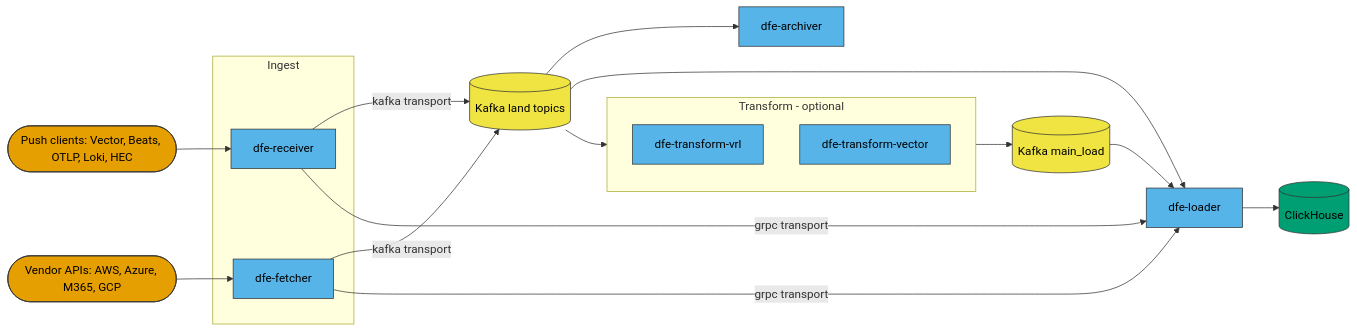
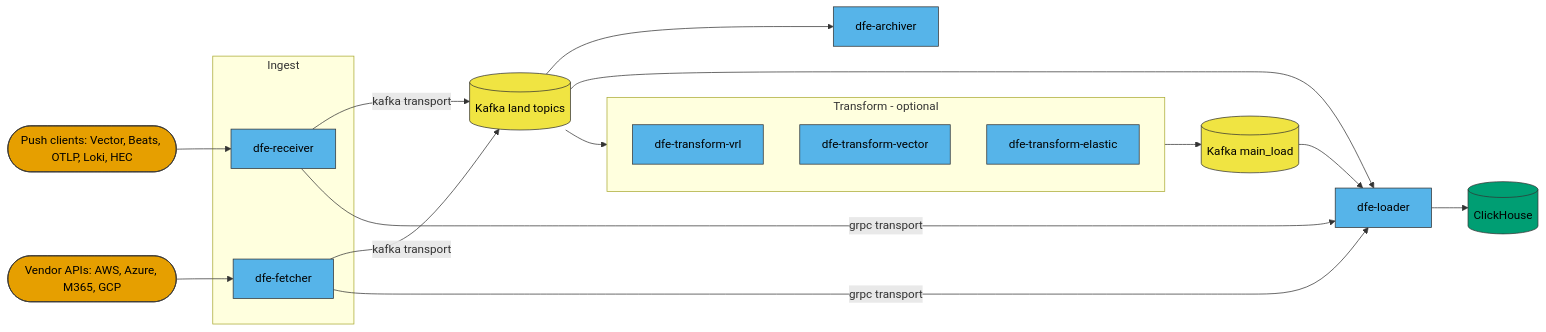
Before and after one commit to hyperi-io/dfe-docker: the first of 4 diagrams in docs/architecture.md, drawn with Mermaid. The commit also changed other lines of this file and 21 other files, not shown here.

First line of the commit message:
fix(compose): start dfe-transform-elastic idle on the single tier (#114)

````diff
--- a/docs/architecture.md
+++ b/docs/architecture.md
@@ -25,40 +25,41 @@
 ```mermaid
 flowchart LR
     classDef ext fill:#E69F00,stroke:#333333,color:#000000
     classDef dfe fill:#56B4E9,stroke:#333333,color:#000000
     classDef store fill:#009E73,stroke:#333333,color:#000000
     classDef broker fill:#F0E442,stroke:#333333,color:#000000
 
     push(["Push clients: Vector, Beats, OTLP, Loki, HEC"]):::ext
     api(["Vendor APIs: AWS, Azure, M365, GCP"]):::ext
 
     subgraph ingest [Ingest]
         receiver["dfe-receiver"]:::dfe
         fetcher["dfe-fetcher"]:::dfe
     end
 
     land[(Kafka land topics)]:::broker
 
     subgraph xform [Transform - optional]
         vrl["dfe-transform-vrl"]:::dfe
         vector["dfe-transform-vector"]:::dfe
+        elastic["dfe-transform-elastic"]:::dfe
     end
 
     load[(Kafka main_load)]:::broker
     archiver["dfe-archiver"]:::dfe
     loader["dfe-loader"]:::dfe
     ch[(ClickHouse)]:::store
 
     push --> receiver
     api --> fetcher
     receiver -->|kafka transport| land
     fetcher -->|kafka transport| land
     receiver -->|grpc transport| loader
     fetcher -->|grpc transport| loader
     land --> archiver
     land --> loader
     land --> xform
     xform --> load
     load --> loader
     loader --> ch
 ```
````
